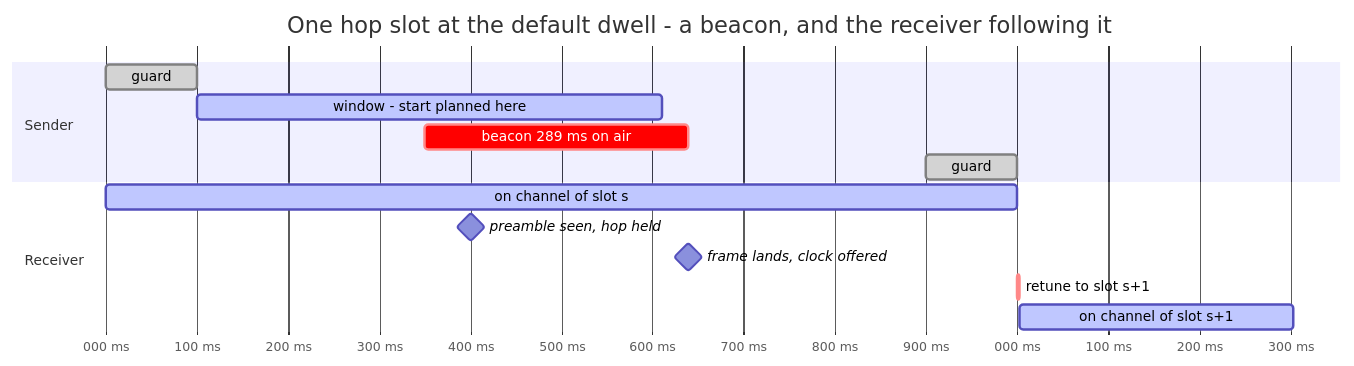
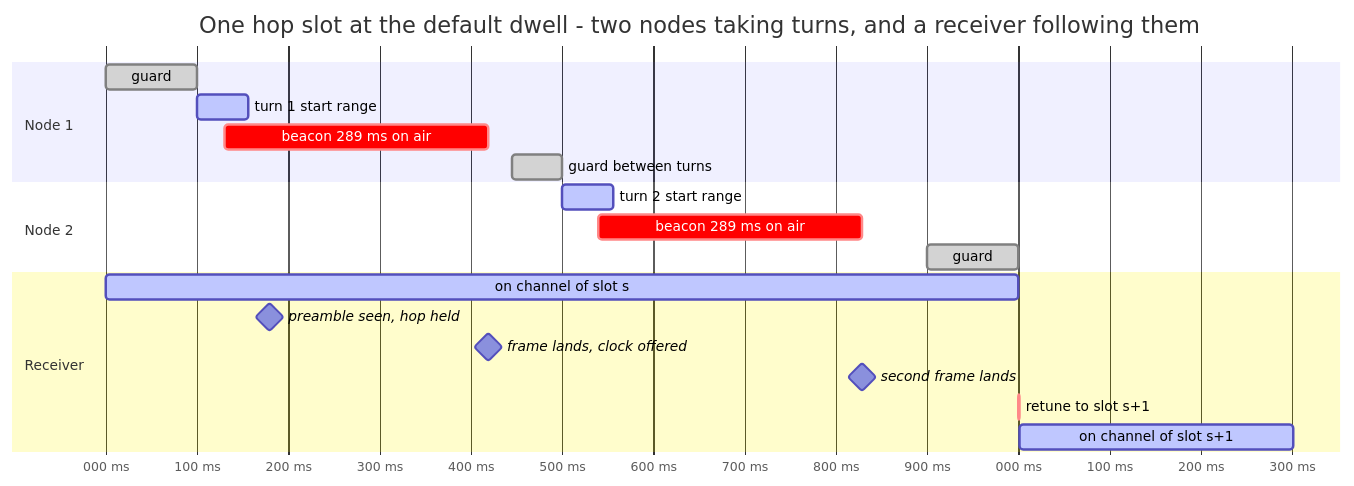
One commit to Telemety-In-Midair/telemetry-in-midair-rs changed the sixth of 11 diagrams in ARCHITECTURE.md. Above: the diagram before and after it, drawn with Mermaid. The commit also changed other lines of this file and 15 other files, not shown here.

````diff
--- a/ARCHITECTURE.md
+++ b/ARCHITECTURE.md
@@ -403,19 +428,25 @@
 ```mermaid
 gantt
-    title One hop slot at the default dwell - a beacon, and the receiver following it
+    title One hop slot at the default dwell - two nodes taking turns, and a receiver following them
     dateFormat x
     axisFormat %L ms
 
-    section Sender
-    guard                       :done,    g1, 0, 100ms
-    window - start planned here :active,  w1, 100, 511ms
-    beacon 289 ms on air        :crit,    b1, 350, 289ms
-    guard                       :done,    g2, 900, 100ms
+    section Node 1
+    guard                        :done,    g1, 0, 100ms
+    turn 1 start range           :active,  w1, 100, 56ms
+    beacon 289 ms on air         :crit,    b1, 130, 289ms
+    guard between turns          :done,    t1, 445, 55ms
+
+    section Node 2
+    turn 2 start range           :active,  w2, 500, 56ms
+    beacon 289 ms on air         :crit,    b2, 540, 289ms
+    guard                        :done,    g2, 900, 100ms
 
     section Receiver
-    on channel of slot s        :active,  r1, 0, 1000ms
-    preamble seen, hop held     :milestone, m1, 400, 0ms
-    frame lands, clock offered  :milestone, m2, 639, 0ms
-    retune to slot s+1          :crit,     r2, 1000, 3ms
-    on channel of slot s+1      :active,  r3, 1003, 300ms
+    on channel of slot s         :active,  r1, 0, 1000ms
+    preamble seen, hop held      :milestone, m1, 180, 0ms
+    frame lands, clock offered   :milestone, m2, 419, 0ms
+    second frame lands           :milestone, m3, 829, 0ms
+    retune to slot s+1           :crit,     r2, 1000, 2ms
+    on channel of slot s+1       :active,  r3, 1002, 300ms
 ```
````
